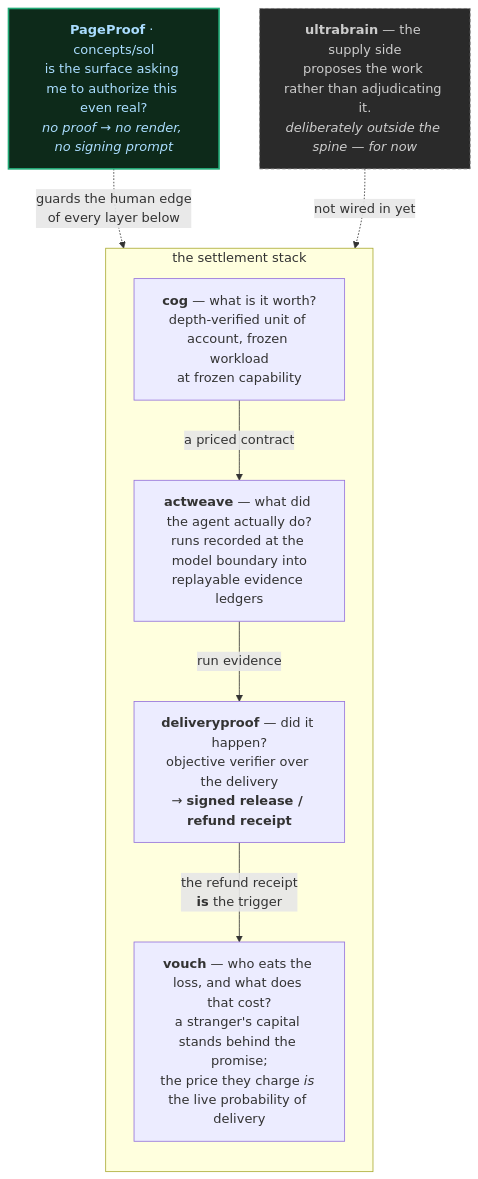
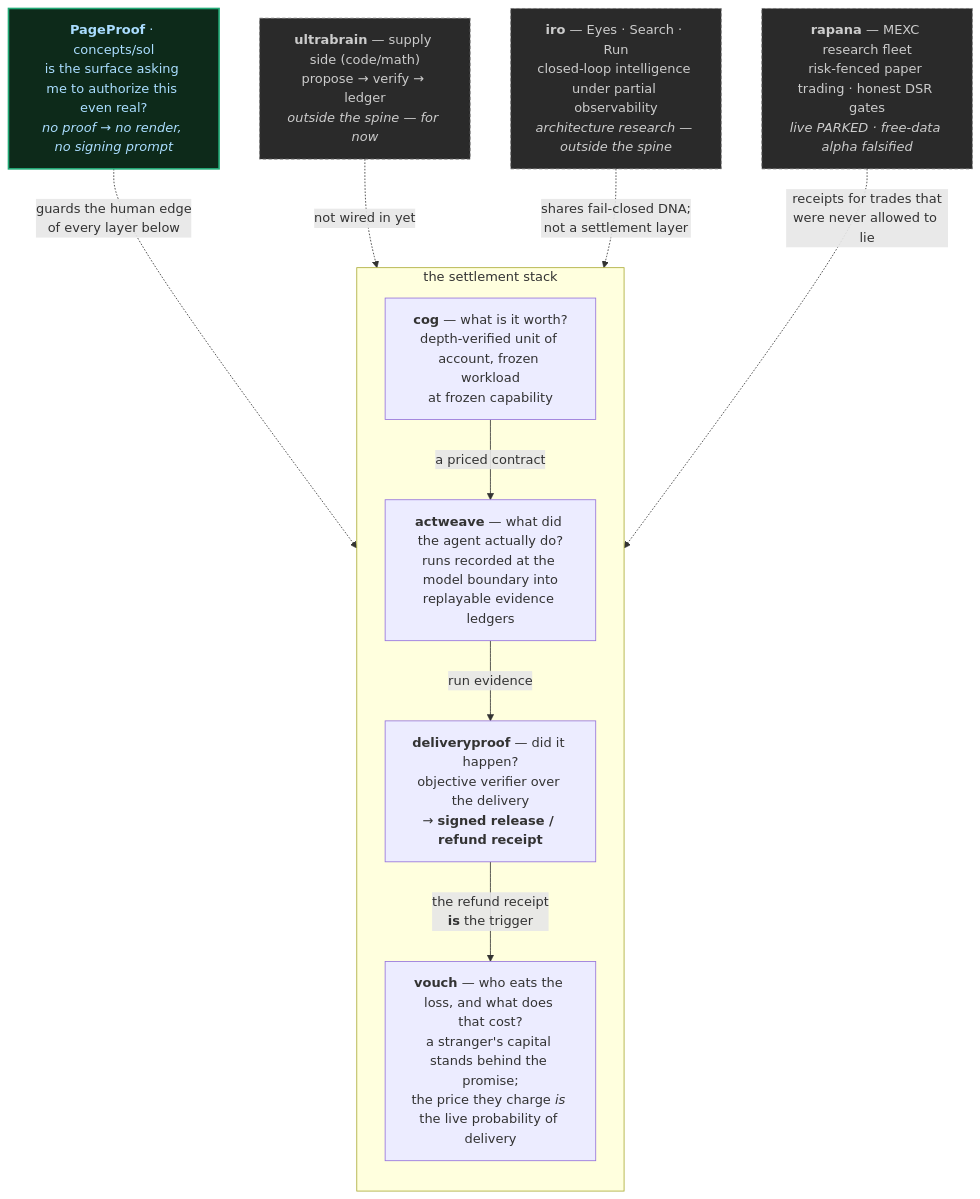
One commit to proofofwork-agency/thinktank changed the diagram in README.md. Above: the diagram before and after it, drawn with Mermaid. The commit also changed other lines of this file and 269 other files, not shown here.

First line of the commit message:
concepts: move actweave out; index iro + rapana

````diff
--- a/README.md
+++ b/README.md
@@ -27,26 +27,31 @@
 ```mermaid
 flowchart TB
     PP["<b>PageProof</b> · concepts/sol<br/>is the surface asking me to authorize this even real?<br/><i>no proof → no render, no signing prompt</i>"]
 
     subgraph SPINE["the settlement stack"]
         direction TB
         COG["<b>cog</b> — what is it worth?<br/>depth-verified unit of account, frozen workload<br/>at frozen capability"]
         AW["<b>actweave</b> — what did the agent actually do?<br/>runs recorded at the model boundary into<br/>replayable evidence ledgers"]
         DP["<b>deliveryproof</b> — did it happen?<br/>objective verifier over the delivery<br/>→ <b>signed release / refund receipt</b>"]
         VO["<b>vouch</b> — who eats the loss, and what does that cost?<br/>a stranger's capital stands behind the promise;<br/>the price they charge <i>is</i> the live probability of delivery"]
 
         COG -->|"a priced contract"| AW
         AW -->|"run evidence"| DP
         DP -->|"the refund receipt<br/><b>is</b> the trigger"| VO
     end
 
     PP -.->|"guards the human edge<br/>of every layer below"| SPINE
 
-    UB["<b>ultrabrain</b> — the supply side<br/>proposes the work rather than adjudicating it.<br/><i>deliberately outside the spine — for now</i>"]
+    UB["<b>ultrabrain</b> — supply side (code/math)<br/>propose → verify → ledger<br/><i>outside the spine — for now</i>"]
+    IRO["<b>iro</b> — Eyes · Search · Run<br/>closed-loop intelligence under partial observability<br/><i>architecture research — outside the spine</i>"]
+    RA["<b>rapana</b> — MEXC research fleet<br/>risk-fenced paper trading · honest DSR gates<br/><i>live PARKED · free-data alpha falsified</i>"]
+
     UB -.->|"not wired in yet"| SPINE
+    IRO -.->|"shares fail-closed DNA;<br/>not a settlement layer"| SPINE
+    RA -.->|"receipts for trades that<br/>were never allowed to lie"| SPINE
 
     classDef edge fill:#0d2a1a,stroke:#2a7,color:#adf,stroke-width:2px
     classDef out fill:#2a2a2a,stroke:#777,color:#ccc,stroke-dasharray:4 3
     class PP edge
-    class UB out
+    class UB,IRO,RA out
 ```
````
